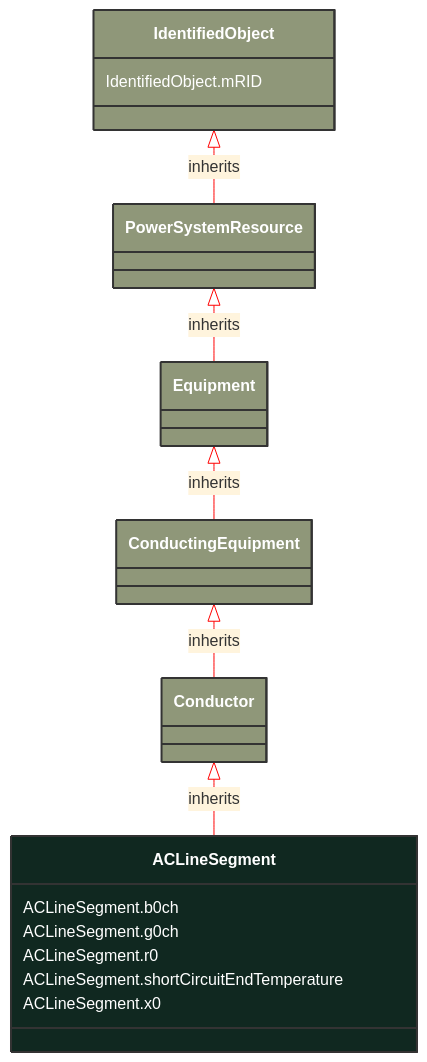
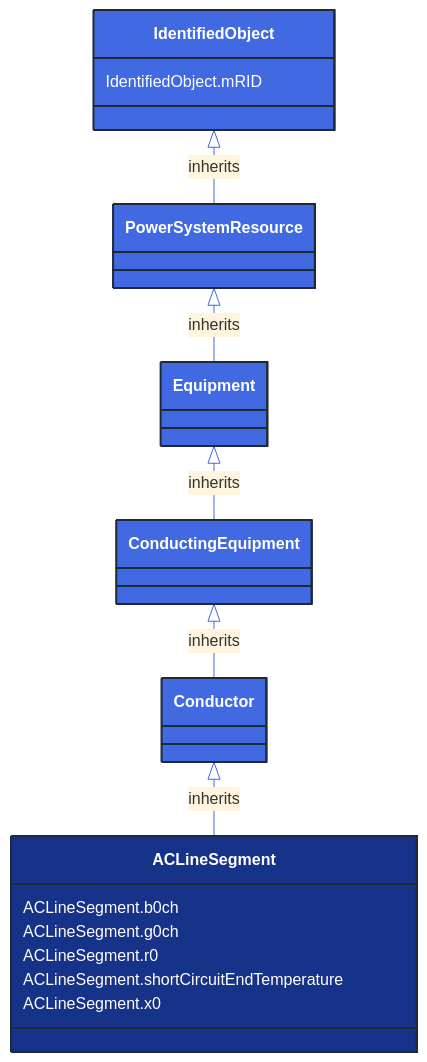
Before and after one commit to 3lbits/NoCIMExtensions: the diagram in docs/Models/Profiles/ShortCircuit/ConcreteClasses/ACLineSegment.md, drawn with Mermaid. The commit also changed 362 other files, not shown here.

First line of the commit message:
Update diagrams and styles for improved visual consistency

````diff
--- a/docs/Models/Profiles/ShortCircuit/ConcreteClasses/ACLineSegment.md
+++ b/docs/Models/Profiles/ShortCircuit/ConcreteClasses/ACLineSegment.md
@@ -10,36 +10,36 @@
 ```mermaid
-%%{init: {'theme':'base','themeVariables': {'lineColor': '#FF0000'}}}%%
+%%{init: {'theme':'base','themeVariables': {'lineColor': '#4169E1'}}}%%
 classDiagram
     class ACLineSegment
     click ACLineSegment href "/Models/Profiles/ShortCircuit/ConcreteClasses/ACLineSegment/"
-    style ACLineSegment fill:#102820,stroke:#333,stroke-width:2px,rx:10,ry:10,color:white
+    style ACLineSegment fill:#163289,stroke:#1F2A37,stroke-width:2px,rx:10,ry:10,color:white
      
         Conductor <|-- ACLineSegment : inherits
             click Conductor href "/Models/Profiles/ShortCircuit/AbstractClasses/Conductor/"
-            style Conductor fill:#8F9779,stroke:#333,stroke-width:2px,rx:10,ry:10,color:white
+            style Conductor fill:#4169E1,stroke:#1F2A37,stroke-width:2px,rx:10,ry:10,color:white
      
         ConductingEquipment <|-- Conductor : inherits
             click ConductingEquipment href "/Models/Profiles/ShortCircuit/AbstractClasses/ConductingEquipment/"
-            style ConductingEquipment fill:#8F9779,stroke:#333,stroke-width:2px,rx:10,ry:10,color:white
+            style ConductingEquipment fill:#4169E1,stroke:#1F2A37,stroke-width:2px,rx:10,ry:10,color:white
      
         Equipment <|-- ConductingEquipment : inherits
             click Equipment href "/Models/Profiles/ShortCircuit/AbstractClasses/Equipment/"
-            style Equipment fill:#8F9779,stroke:#333,stroke-width:2px,rx:10,ry:10,color:white
+            style Equipment fill:#4169E1,stroke:#1F2A37,stroke-width:2px,rx:10,ry:10,color:white
      
         PowerSystemResource <|-- Equipment : inherits
             click PowerSystemResource href "/Models/Profiles/ShortCircuit/AbstractClasses/PowerSystemResource/"
-            style PowerSystemResource fill:#8F9779,stroke:#333,stroke-width:2px,rx:10,ry:10,color:white
+            style PowerSystemResource fill:#4169E1,stroke:#1F2A37,stroke-width:2px,rx:10,ry:10,color:white
      
         IdentifiedObject <|-- PowerSystemResource : inherits
             click IdentifiedObject href "/Models/Profiles/ShortCircuit/AbstractClasses/IdentifiedObject/"
-            style IdentifiedObject fill:#8F9779,stroke:#333,stroke-width:2px,rx:10,ry:10,color:white
+            style IdentifiedObject fill:#4169E1,stroke:#1F2A37,stroke-width:2px,rx:10,ry:10,color:white
 
 
 
         ACLineSegment : ACLineSegment.b0ch
         ACLineSegment : ACLineSegment.g0ch
         ACLineSegment : ACLineSegment.r0
         ACLineSegment : ACLineSegment.shortCircuitEndTemperature
         ACLineSegment : ACLineSegment.x0
         IdentifiedObject : IdentifiedObject.mRID
 ```
````
